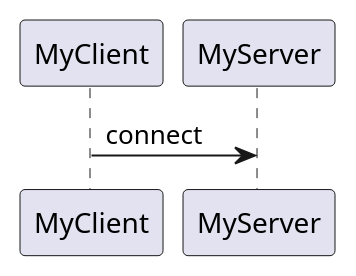
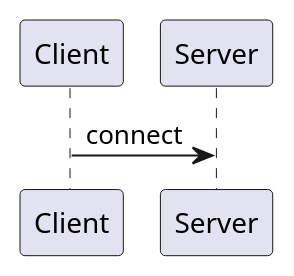
Before and after one commit to whitekid/scas: the diagram in mysql.puml, drawn with PlantUML. The commit also changed 4 other files, not shown here.

```diff
--- a/mysql.puml
+++ b/mysql.puml
@@ -1,3 +1,3 @@
 @startuml MySQL TLS
-MyClient -> MyServer: connect
+Client -> Server: connect
 @enduml
```
